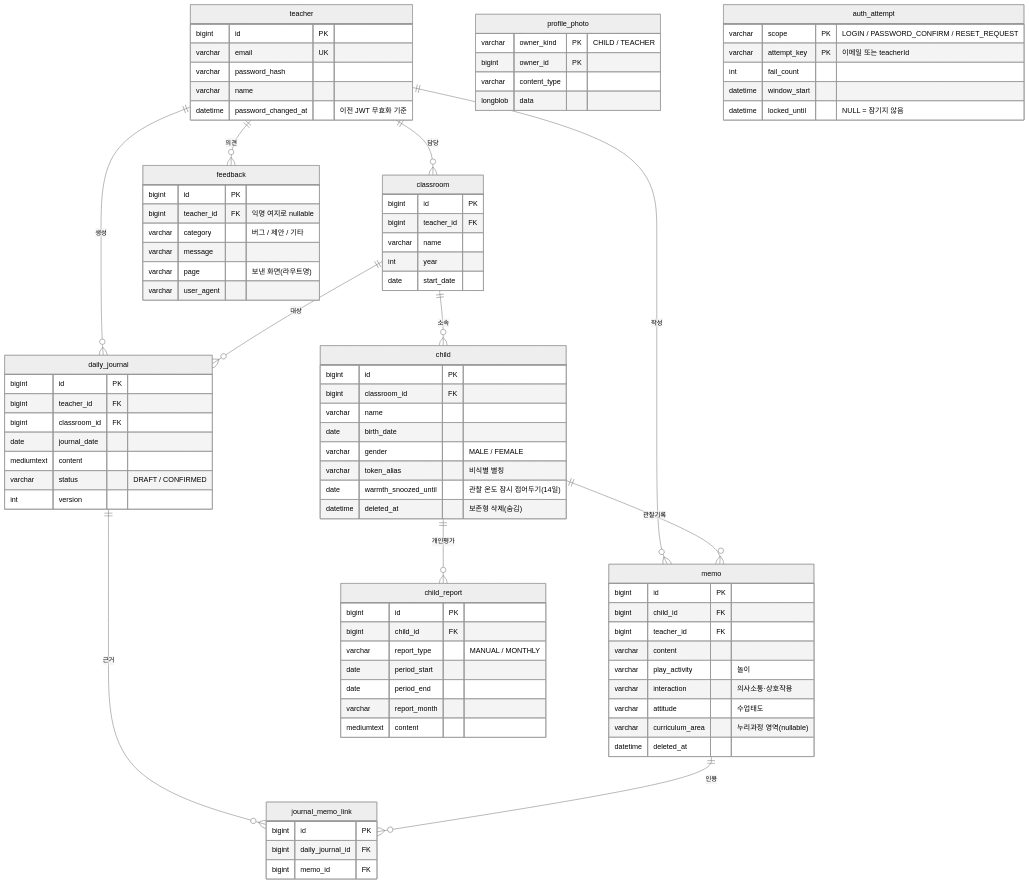
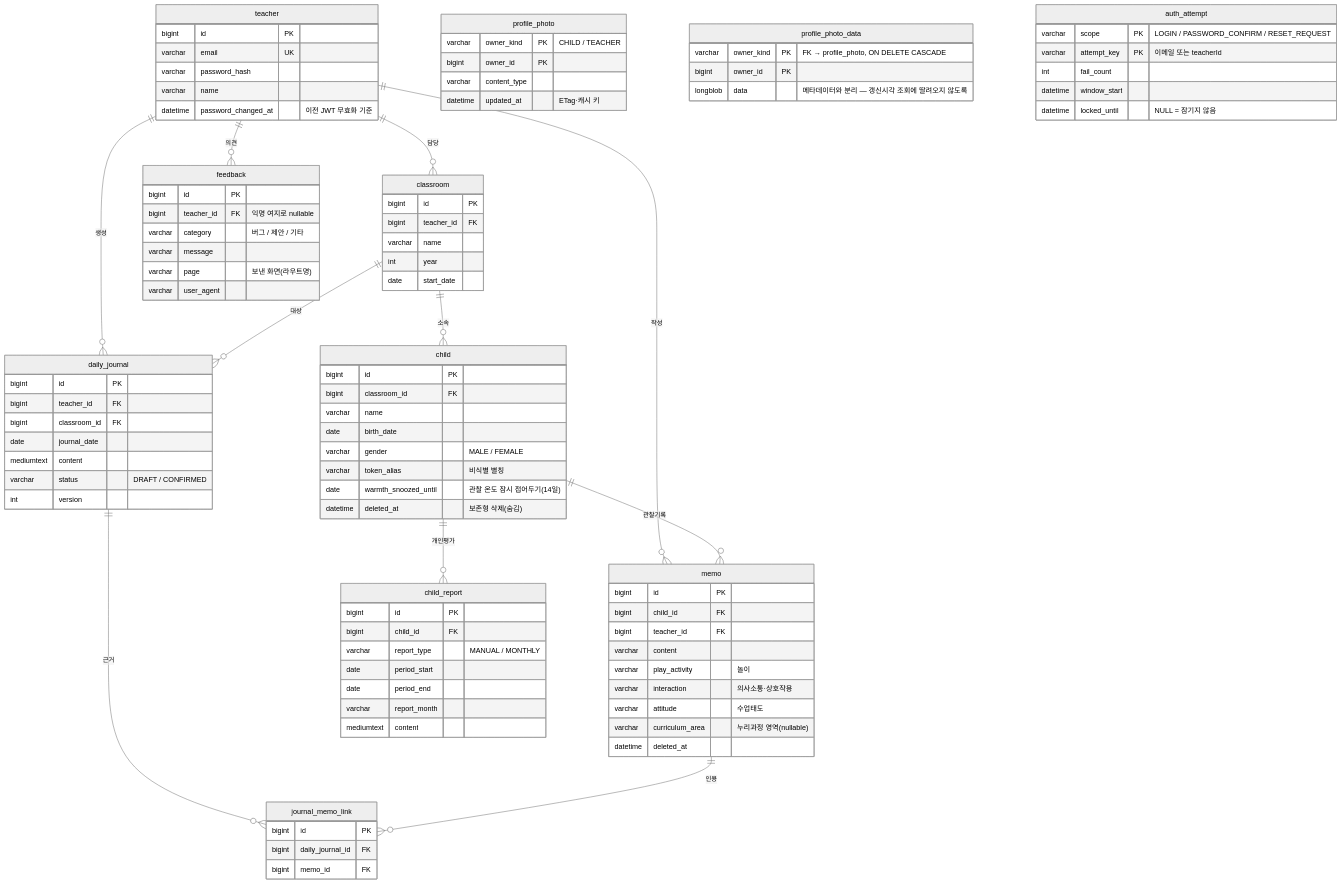
The diagram in README.md (dahyunhub/ondo), drawn with Mermaid (neutral theme) before and after one commit. The commit also changed other lines of this file and 1 other file, not shown here.

```diff
--- a/README.md
+++ b/README.md
@@ -338,7 +349,12 @@
         varchar owner_kind PK "CHILD / TEACHER"
         bigint owner_id PK
         varchar content_type
-        longblob data
+        datetime updated_at "ETag·캐시 키"
+    }
+    profile_photo_data {
+        varchar owner_kind PK "FK → profile_photo, ON DELETE CASCADE"
+        bigint owner_id PK
+        longblob data "메타데이터와 분리 — 갱신시각 조회에 딸려오지 않도록"
     }
     feedback {
         bigint id PK
```
